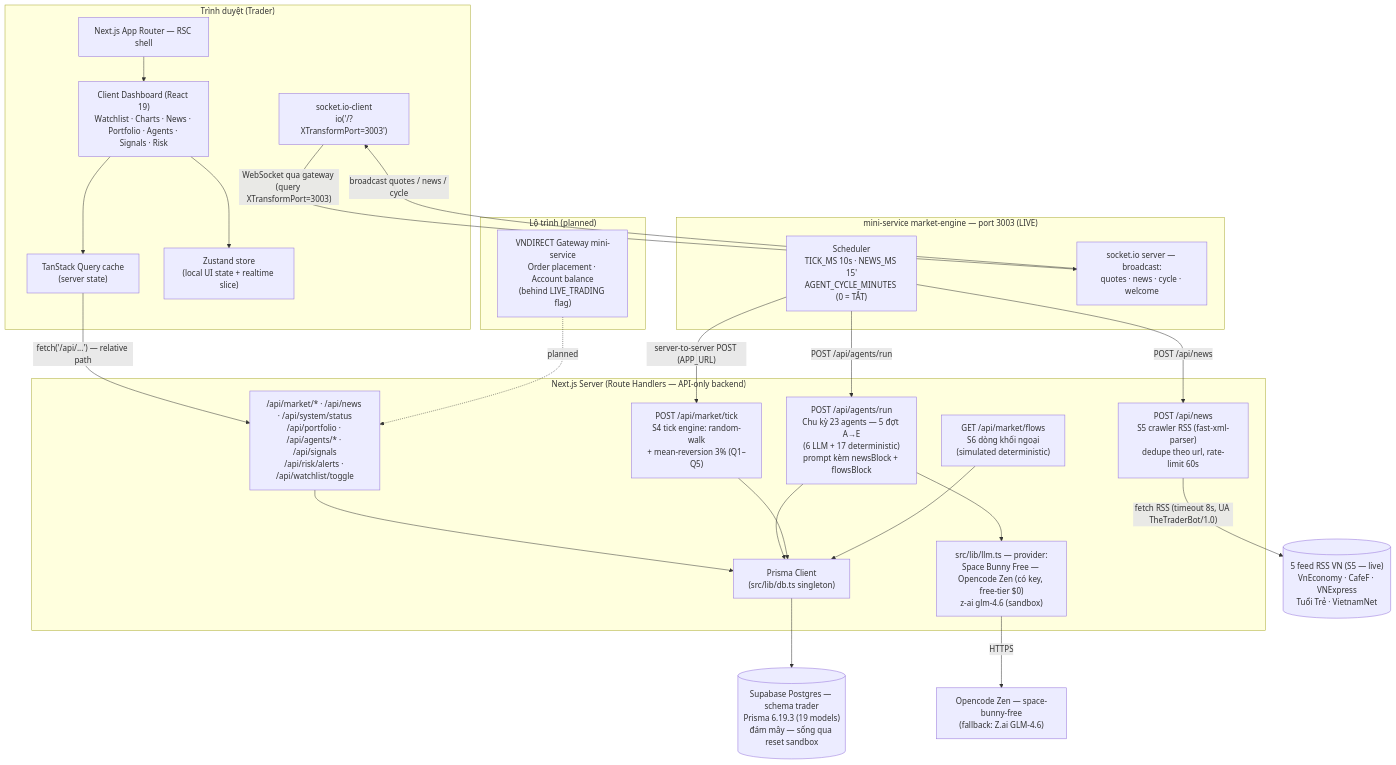
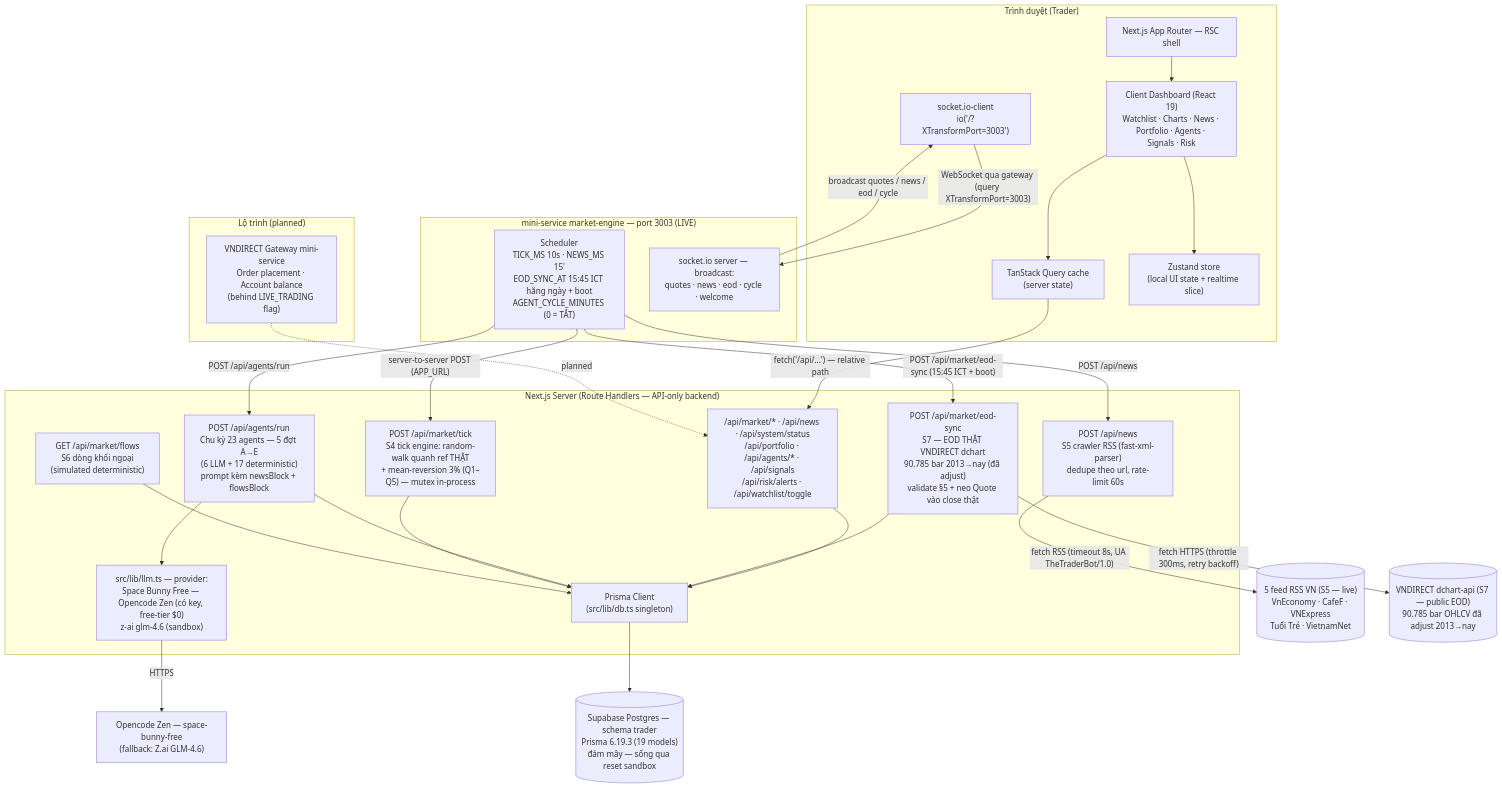
One commit to nguyenquocviety2c-code/THE-TRADER changed the first of 2 diagrams in docs/TECHNICAL_BLUEPRINT.md. Above: the diagram before and after it, drawn with Mermaid. The commit also changed other lines of this file and 30 other files, not shown here.

````diff
--- a/docs/TECHNICAL_BLUEPRINT.md
+++ b/docs/TECHNICAL_BLUEPRINT.md
@@ -45,52 +46,58 @@
 ```mermaid
 flowchart TB
     subgraph Browser["Trình duyệt (Trader)"]
         RSC["Next.js App Router — RSC shell"]
         DASH["Client Dashboard (React 19)\nWatchlist · Charts · News · Portfolio · Agents · Signals · Risk"]
         TQ["TanStack Query cache\n(server state)"]
         ZU["Zustand store\n(local UI state + realtime slice)"]
         WS["socket.io-client\nio('/?XTransformPort=3003')"]
     end
 
     subgraph Server["Next.js Server (Route Handlers — API-only backend)"]
         API["/api/market/* · /api/news · /api/system/status\n/api/portfolio · /api/agents/* · /api/signals\n/api/risk/alerts · /api/watchlist/toggle"]
         RUN["POST /api/agents/run\nChu kỳ 23 agents — 5 đợt A→E\n(6 LLM + 17 deterministic)\nprompt kèm newsBlock + flowsBlock"]
-        TICK["POST /api/market/tick\nS4 tick engine: random-walk\n+ mean-reversion 3% (Q1–Q5)"]
+        TICK["POST /api/market/tick\nS4 tick engine: random-walk quanh ref THẬT\n+ mean-reversion 3% (Q1–Q5) — mutex in-process"]
+        EOD["POST /api/market/eod-sync\nS7 — EOD THẬT VNDIRECT dchart\n90.785 bar 2013→nay (đã adjust)\nvalidate §5 + neo Quote vào close thật"]
         NEWS["POST /api/news\nS5 crawler RSS (fast-xml-parser)\ndedupe theo url, rate-limit 60s"]
         FLOWS["GET /api/market/flows\nS6 dòng khối ngoại\n(simulated deterministic)"]
         SDK["src/lib/llm.ts — provider:\nSpace Bunny Free — Opencode Zen (có key, free-tier $0)\nz-ai glm-4.6 (sandbox)"]
         PRISMA["Prisma Client\n(src/lib/db.ts singleton)"]
     end
 
     subgraph Engine["mini-service market-engine — port 3003 (LIVE)"]
-        SCHED["Scheduler\nTICK_MS 10s · NEWS_MS 15'\nAGENT_CYCLE_MINUTES (0 = TẮT)"]
-        IOSRV["socket.io server — broadcast:\nquotes · news · cycle · welcome"]
+        SCHED["Scheduler\nTICK_MS 10s · NEWS_MS 15'\nEOD_SYNC_AT 15:45 ICT hằng ngày + boot\nAGENT_CYCLE_MINUTES (0 = TẮT)"]
+        IOSRV["socket.io server — broadcast:\nquotes · news · eod · cycle · welcome"]
     end
 
     RSS[("5 feed RSS VN (S5 — live)\nVnEconomy · CafeF · VNExpress\nTuổi Trẻ · VietnamNet")]
+
+    DCHART[("VNDIRECT dchart-api (S7 — public EOD)\n90.785 bar OHLCV đã adjust 2013→nay")]
 
     DB[("Supabase Postgres — schema trader\nPrisma 6.19.3 (19 models)\nđám mây — sống qua reset sandbox")]
 
     subgraph Future["Lộ trình (planned)"]
         GW["VNDIRECT Gateway mini-service\nOrder placement · Account balance\n(behind LIVE_TRADING flag)"]
     end
 
     RSC --> DASH
     DASH --> TQ
     DASH --> ZU
     WS -- "WebSocket qua gateway (query XTransformPort=3003)" --> IOSRV
     TQ -- "fetch('/api/...') — relative path" --> API
     API --> PRISMA
     PRISMA --> DB
     SCHED -- "server-to-server POST (APP_URL)" --> TICK
     SCHED -- "POST /api/news" --> NEWS
     SCHED -- "POST /api/agents/run" --> RUN
-    IOSRV -- "broadcast quotes / news / cycle" --> WS
+    SCHED -- "POST /api/market/eod-sync (15:45 ICT + boot)" --> EOD
+    EOD -- "fetch HTTPS (throttle 300ms, retry backoff)" --> DCHART
+    EOD --> PRISMA
+    IOSRV -- "broadcast quotes / news / eod / cycle" --> WS
     NEWS -- "fetch RSS (timeout 8s, UA TheTraderBot/1.0)" --> RSS
     RUN --> SDK
     SDK -- "HTTPS" --> LLM["Opencode Zen — space-bunny-free\n(fallback: Z.ai GLM-4.6)"]
     RUN --> PRISMA
     TICK --> PRISMA
     FLOWS --> PRISMA
     GW -. planned .-> API
 ```
````
